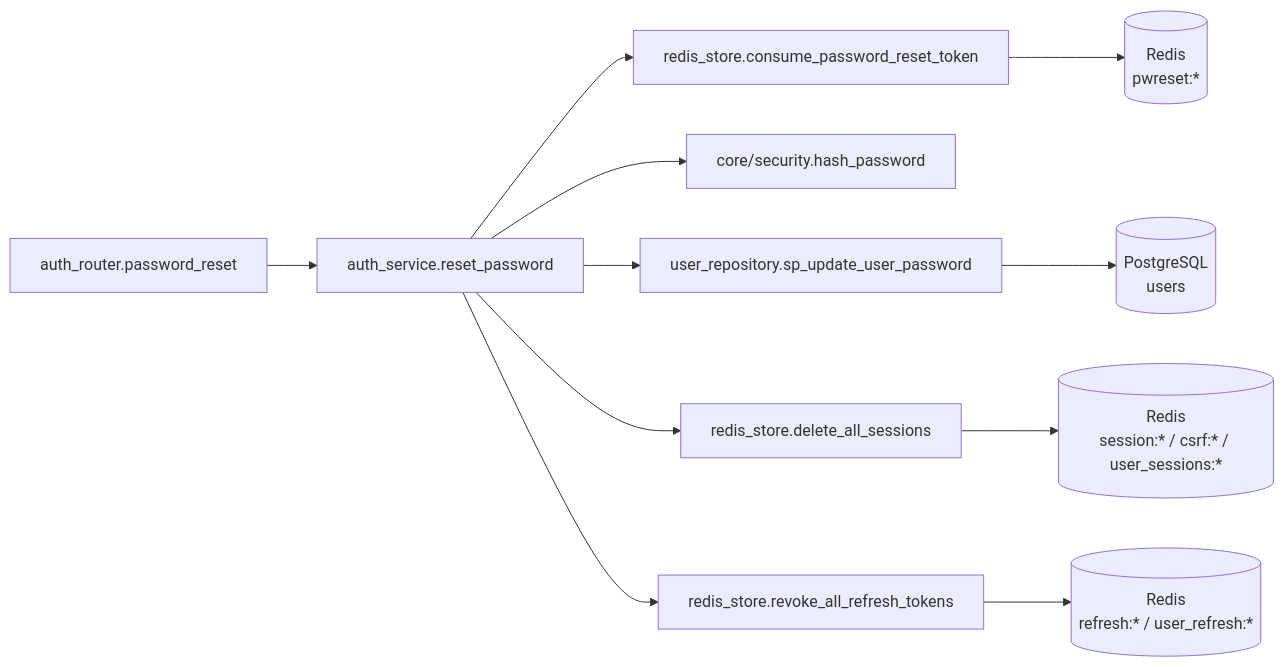
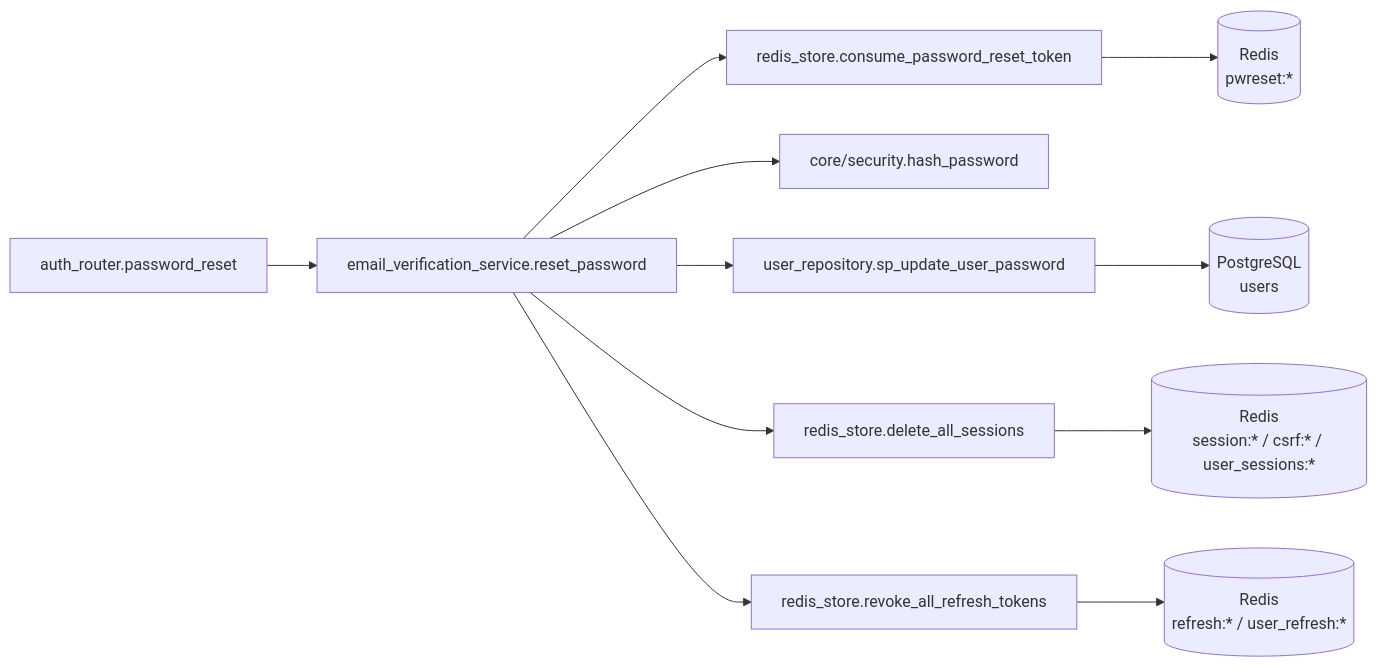
One commit to oikawa-d/task_management changed the third of 4 diagrams in docs/detailed_design/api/auth/10_post_auth_password_reset.md. Above: the diagram before and after it, drawn with Mermaid. The commit also changed other lines of this file and 29 other files, not shown here.

````diff
--- a/docs/detailed_design/api/auth/10_post_auth_password_reset.md
+++ b/docs/detailed_design/api/auth/10_post_auth_password_reset.md
@@ -221,13 +221,13 @@
 ```mermaid
 flowchart LR
-    R["auth_router.password_reset"] --> S["auth_service.reset_password"]
+    R["auth_router.password_reset"] --> S["email_verification_service.reset_password"]
     S --> RD1["redis_store.consume_password_reset_token"]
     S --> SEC["core/security.hash_password"]
     S --> UR["user_repository.sp_update_user_password"]
     S --> RD2["redis_store.delete_all_sessions"]
     S --> RD3["redis_store.revoke_all_refresh_tokens"]
     RD1 --> REDIS1[("Redis<br/>pwreset:*")]
     UR --> PG[("PostgreSQL<br/>users")]
     RD2 --> REDIS2[("Redis<br/>session:* / csrf:* / user_sessions:*")]
     RD3 --> REDIS3[("Redis<br/>refresh:* / user_refresh:*")]
 ```
````
